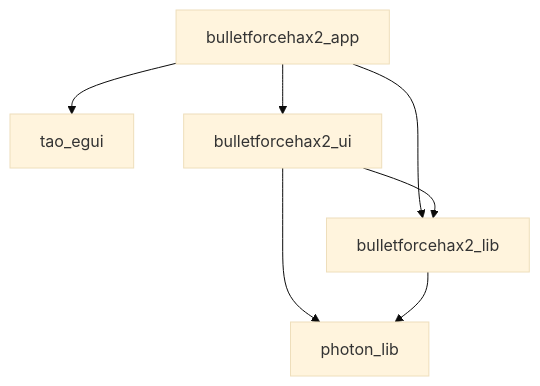
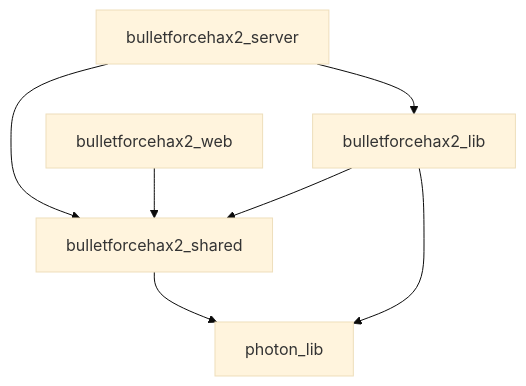
Before and after one commit to holly-hacker/BulletForceHaxV2: the diagram in Development.md, drawn with Mermaid (base theme). The commit also changed other lines of this file, not shown here.

````diff
--- a/Development.md
+++ b/Development.md
@@ -13,6 +13,7 @@
 ```mermaid
 flowchart TD
-    bulletforcehax2_app --> tao_egui & bulletforcehax2_ui & bulletforcehax2_lib
-    bulletforcehax2_ui --> bulletforcehax2_lib & photon_lib
-    bulletforcehax2_lib --> photon_lib
+    bulletforcehax2_server --> bulletforcehax2_shared & bulletforcehax2_lib
+    bulletforcehax2_web --> bulletforcehax2_shared
+    bulletforcehax2_lib --> bulletforcehax2_shared & photon_lib
+    bulletforcehax2_shared --> photon_lib
 ```
````
